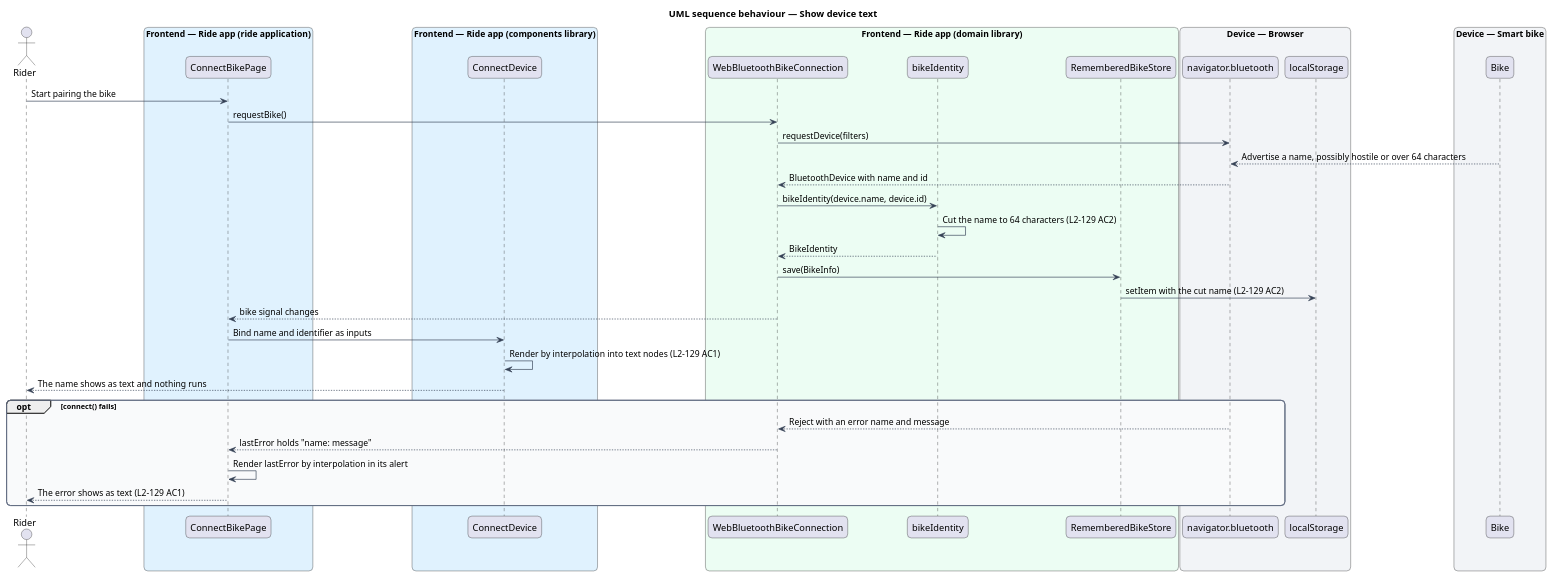
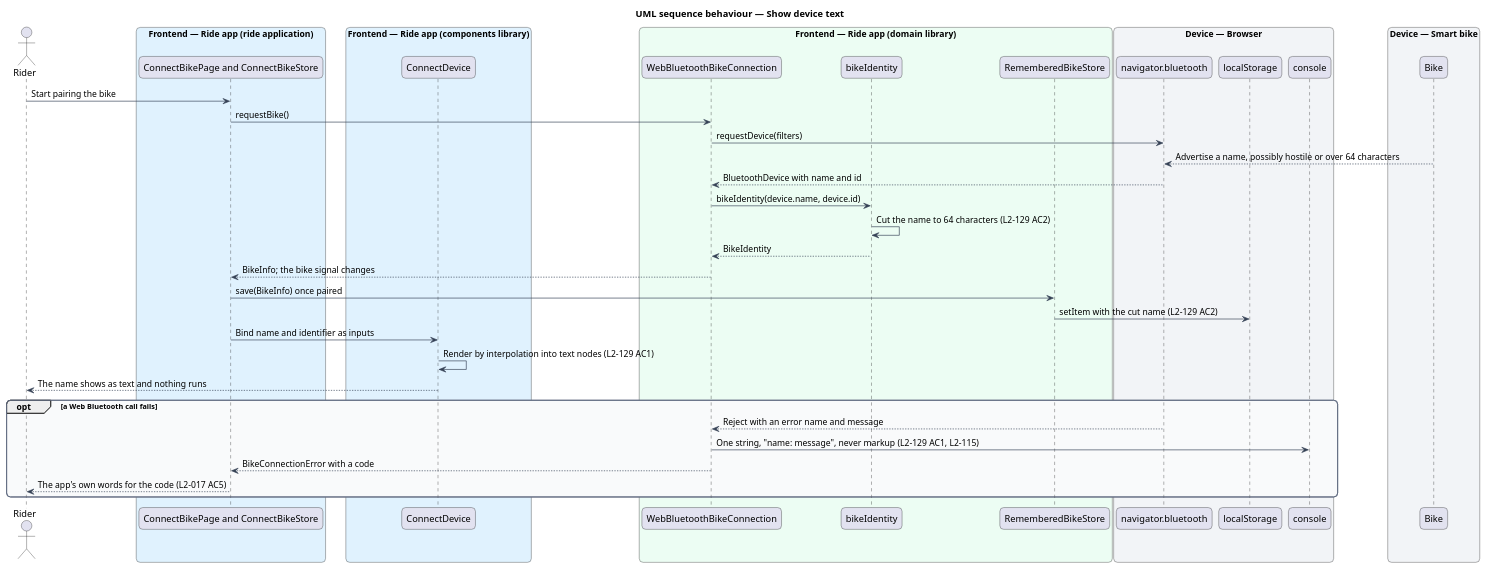
The diagram in docs/detailed-designs/security/treat-device-data-as-untrusted/diagrams/sequence-show-device-text.puml (QuinntyneBrown/ride-one), drawn with PlantUML before and after one commit. The commit also changed 33 other files, not shown here.

```diff
--- a/docs/detailed-designs/security/treat-device-data-as-untrusted/diagrams/sequence-show-device-text.puml
+++ b/docs/detailed-designs/security/treat-device-data-as-untrusted/diagrams/sequence-show-device-text.puml
@@ -1,56 +1,57 @@
 @startuml
 title UML sequence behaviour — Show device text
 skinparam backgroundColor #FFFFFF
 skinparam shadowing false
 skinparam roundcorner 12
 skinparam defaultFontName Arial
 skinparam ArrowColor #344054
 skinparam rectangle {
   BorderColor #344054
   FontColor #101828
 }
 skinparam package {
   BorderColor #667085
   FontColor #101828
   BackgroundColor #F9FAFB
 }
 actor "Rider" as rider
 box "Frontend — Ride app (ride application)" #E0F2FE
-  participant "ConnectBikePage" as page
+  participant "ConnectBikePage and ConnectBikeStore" as page
 end box
 box "Frontend — Ride app (components library)" #E0F2FE
   participant "ConnectDevice" as card
 end box
 box "Frontend — Ride app (domain library)" #ECFDF3
   participant "WebBluetoothBikeConnection" as conn
   participant "bikeIdentity" as identity
   participant "RememberedBikeStore" as store
 end box
 box "Device — Browser" #F2F4F7
   participant "navigator.bluetooth" as ble
   participant "localStorage" as ls
+  participant "console" as console
 end box
 box "Device — Smart bike" #F2F4F7
   participant "Bike" as bike
 end box
 rider -> page : Start pairing the bike
 page -> conn : requestBike()
 conn -> ble : requestDevice(filters)
 bike --> ble : Advertise a name, possibly hostile or over 64 characters
 ble --> conn : BluetoothDevice with name and id
 conn -> identity : bikeIdentity(device.name, device.id)
 identity -> identity : Cut the name to 64 characters (L2-129 AC2)
 identity --> conn : BikeIdentity
-conn -> store : save(BikeInfo)
+conn --> page : BikeInfo; the bike signal changes
+page -> store : save(BikeInfo) once paired
 store -> ls : setItem with the cut name (L2-129 AC2)
-conn --> page : bike signal changes
 page -> card : Bind name and identifier as inputs
 card -> card : Render by interpolation into text nodes (L2-129 AC1)
 card --> rider : The name shows as text and nothing runs
-opt connect() fails
+opt a Web Bluetooth call fails
   ble --> conn : Reject with an error name and message
-  conn --> page : lastError holds "name: message"
-  page -> page : Render lastError by interpolation in its alert
-  page --> rider : The error shows as text (L2-129 AC1)
+  conn -> console : One string, "name: message", never markup (L2-129 AC1, L2-115)
+  conn --> page : BikeConnectionError with a code
+  page --> rider : The app's own words for the code (L2-017 AC5)
 end
 @enduml
```
